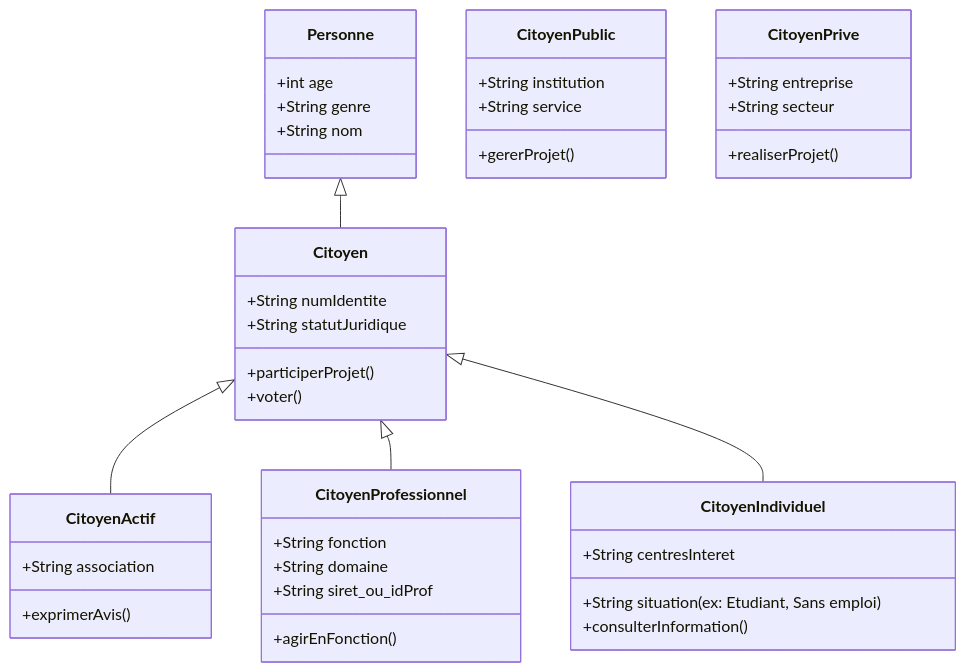
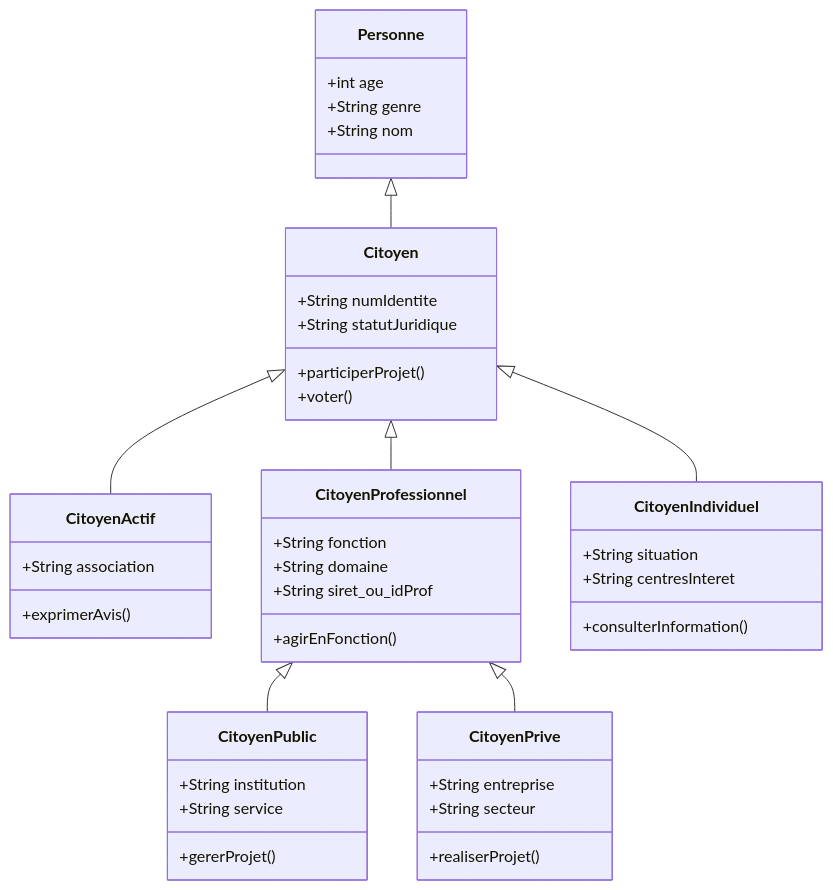
The diagram in acteurskahiarchi.md (kahiarchi/LeBatiment_PlaineSaintDenis), drawn with Mermaid before and after one commit.

````diff
--- a/acteurskahiarchi.md
+++ b/acteurskahiarchi.md
@@ -1,51 +1,55 @@
 ```mermaid
 classDiagram
     Personne <|-- Citoyen
     Citoyen <|-- CitoyenActif
     Citoyen <|-- CitoyenProfessionnel
     Citoyen <|-- CitoyenIndividuel
+    
+    %% Liens demandés : Spécialisation du professionnel
+    CitoyenProfessionnel <|-- CitoyenPublic
+    CitoyenProfessionnel <|-- CitoyenPrive
 
   class Personne {
       +int age
       +String genre
       +String nom
   }
 
   class Citoyen {
-       +String numIdentite
+      +String numIdentite
       +String statutJuridique
       +participerProjet()
       +voter()
   }
 
   class CitoyenIndividuel {
-      +String situation (ex: Etudiant, Sans emploi)
+      +String situation
       +String centresInteret
       +consulterInformation()
   }
 
   class CitoyenActif {
       +String association
       +exprimerAvis()
   }
 
   class CitoyenProfessionnel {
       +String fonction
       +String domaine
       +String siret_ou_idProf
       +agirEnFonction()
   }
 
   class CitoyenPublic {
       +String institution
       +String service
       +gererProjet()
   }
 
   class CitoyenPrive {
       +String entreprise
       +String secteur
       +realiserProjet()
   }
   
 ```
````
